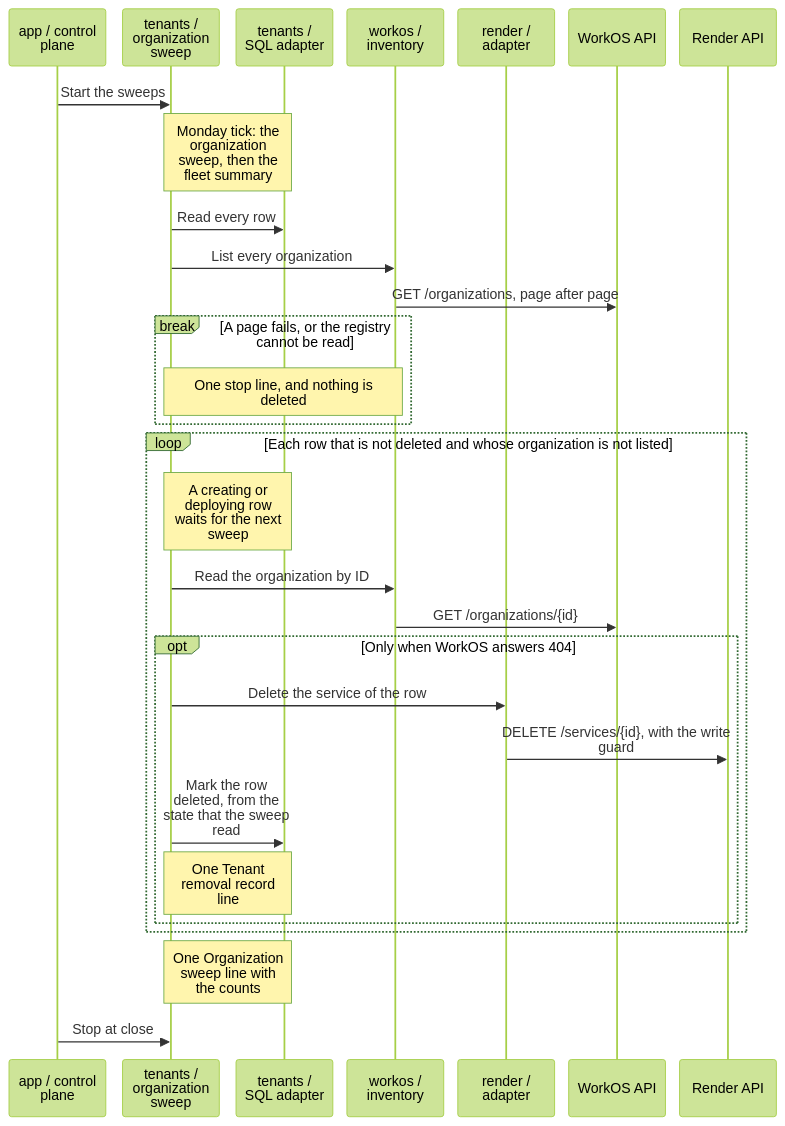
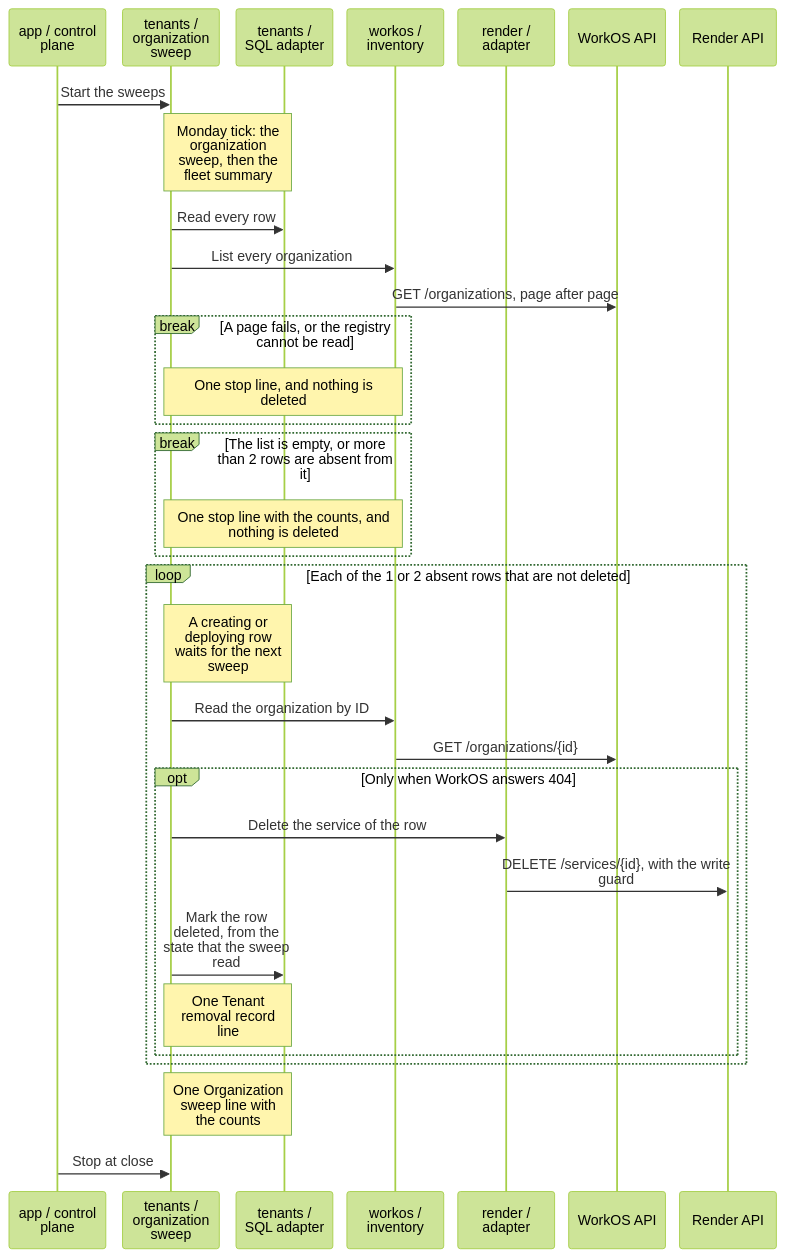
Diagram 19 of 21 in architecture/components.md (tomer-mayara/Thermus), drawn with Mermaid (forest theme) before and after one commit. The commit also changed other lines of this file and 6 other files, not shown here.

Commit message:
Record the bound of the organization sweep in the registry, the runbooks, the record, and the impact declaration

````diff
--- a/architecture/components.md
+++ b/architecture/components.md
@@ -1562,32 +1567,35 @@
 ```mermaid
 %%{init: {"sequence": {"wrap": true, "actorMargin": 16, "width": 110}}}%%
 sequenceDiagram
   participant App as app / control plane
   participant Sweep as tenants / organization sweep
   participant Store as tenants / SQL adapter
   participant Inv as workos / inventory
   participant Render as render / adapter
   participant WorkOS as WorkOS API
   participant API as Render API
   App->>Sweep: Start the sweeps
   Note over Sweep,Store: Monday tick: the organization sweep, then the fleet summary
   Sweep->>Store: Read every row
   Sweep->>Inv: List every organization
   Inv->>WorkOS: GET /organizations, page after page
   break A page fails, or the registry cannot be read
     Note over Sweep,Inv: One stop line, and nothing is deleted
   end
-  loop Each row that is not deleted and whose organization is not listed
+  break The list is empty, or more than 2 rows are absent from it
+    Note over Sweep,Inv: One stop line with the counts, and nothing is deleted
+  end
+  loop Each of the 1 or 2 absent rows that are not deleted
     Note over Sweep,Store: A creating or deploying row waits for the next sweep
     Sweep->>Inv: Read the organization by ID
     Inv->>WorkOS: GET /organizations/{id}
     opt Only when WorkOS answers 404
       Sweep->>Render: Delete the service of the row
       Render->>API: DELETE /services/{id}, with the write guard
       Sweep->>Store: Mark the row deleted, from the state that the sweep read
       Note over Sweep,Store: One Tenant removal record line
     end
   end
   Note over Sweep,Store: One Organization sweep line with the counts
   App->>Sweep: Stop at close
 ```
````
